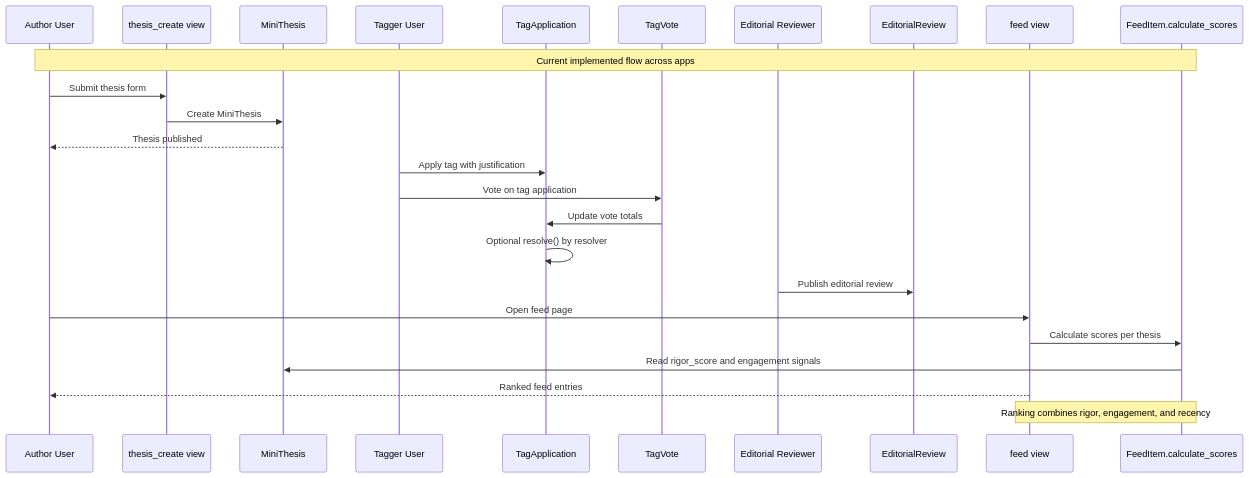
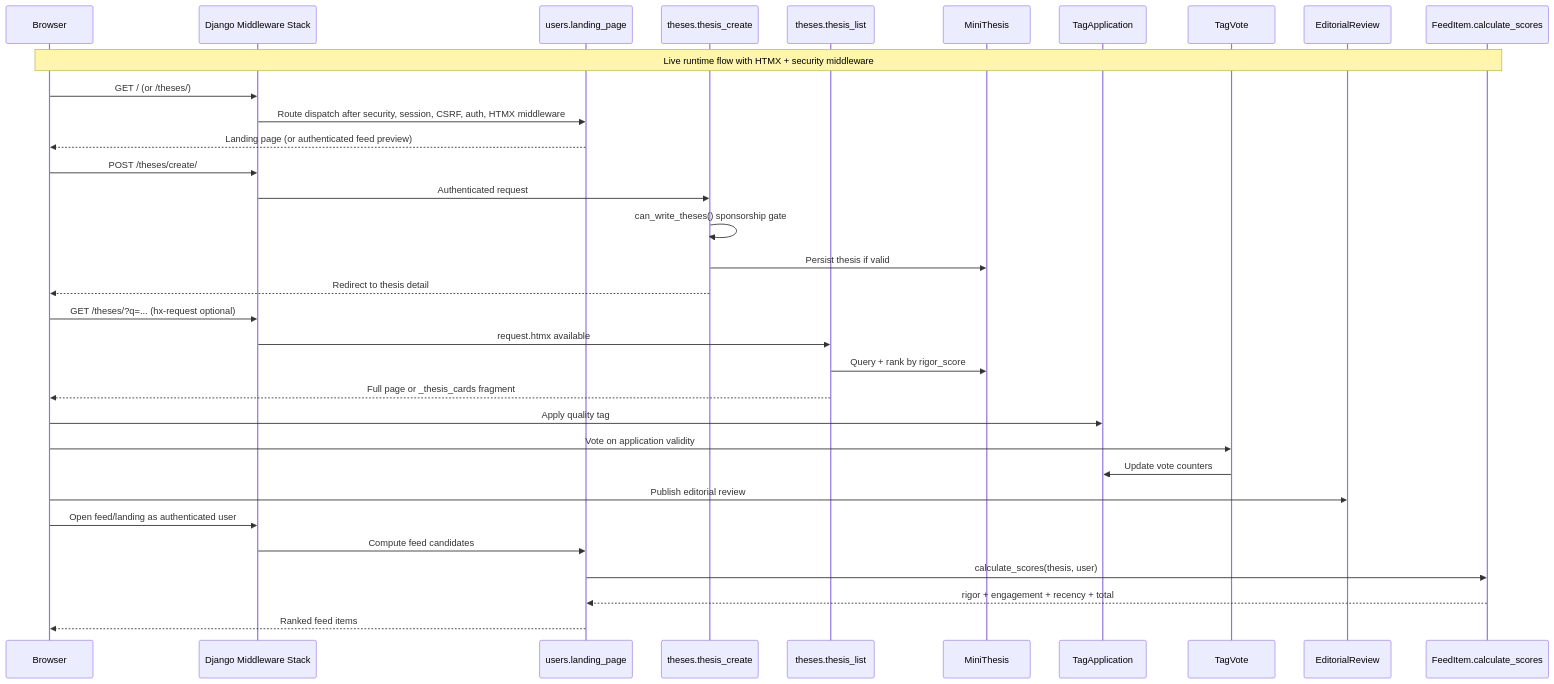
Before and after one commit to kakchouch/hume_social: the diagram in diagrams/content_validation_flow.md, drawn with Mermaid. The commit also changed 33 other files, not shown here.

````diff
--- a/diagrams/content_validation_flow.md
+++ b/diagrams/content_validation_flow.md
@@ -3,33 +3,42 @@
 ```mermaid
 sequenceDiagram
-    participant Author as Author User
-    participant ThesisView as thesis_create view
-    participant MT as MiniThesis
-    participant Tagger as Tagger User
-    participant TA as TagApplication
-    participant TV as TagVote
-    participant Rev as Editorial Reviewer
-    participant ER as EditorialReview
-    participant FeedView as feed view
-    participant FI as FeedItem.calculate_scores
+    participant Browser
+    participant Middleware as Django Middleware Stack
+    participant UserView as users.landing_page
+    participant ThesisCreate as theses.thesis_create
+    participant ThesisList as theses.thesis_list
+    participant MiniThesis as MiniThesis
+    participant TagApplication as TagApplication
+    participant TagVote as TagVote
+    participant EditorialReview as EditorialReview
+    participant FeedScore as FeedItem.calculate_scores
 
-    Note over Author,FI: Current implemented flow across apps
+    Note over Browser,FeedScore: Live runtime flow with HTMX + security middleware
 
-    Author->>ThesisView: Submit thesis form
-    ThesisView->>MT: Create MiniThesis
-    MT-->>Author: Thesis published
+    Browser->>Middleware: GET / (or /theses/)
+    Middleware->>UserView: Route dispatch after security, session, CSRF, auth, HTMX middleware
+    UserView-->>Browser: Landing page (or authenticated feed preview)
 
-    Tagger->>TA: Apply tag with justification
-    Tagger->>TV: Vote on tag application
-    TV->>TA: Update vote totals
-    TA->>TA: Optional resolve() by resolver
+    Browser->>Middleware: POST /theses/create/
+    Middleware->>ThesisCreate: Authenticated request
+    ThesisCreate->>ThesisCreate: can_write_theses() sponsorship gate
+    ThesisCreate->>MiniThesis: Persist thesis if valid
+    ThesisCreate-->>Browser: Redirect to thesis detail
 
-    Rev->>ER: Publish editorial review
+    Browser->>Middleware: GET /theses/?q=... (hx-request optional)
+    Middleware->>ThesisList: request.htmx available
+    ThesisList->>MiniThesis: Query + rank by rigor_score
+    ThesisList-->>Browser: Full page or _thesis_cards fragment
 
-    Author->>FeedView: Open feed page
-    FeedView->>FI: Calculate scores per thesis
-    FI->>MT: Read rigor_score and engagement signals
-    FeedView-->>Author: Ranked feed entries
+    Browser->>TagApplication: Apply quality tag
+    Browser->>TagVote: Vote on application validity
+    TagVote->>TagApplication: Update vote counters
 
-    Note over FeedView,FI: Ranking combines rigor, engagement, and recency
+    Browser->>EditorialReview: Publish editorial review
+
+    Browser->>Middleware: Open feed/landing as authenticated user
+    Middleware->>UserView: Compute feed candidates
+    UserView->>FeedScore: calculate_scores(thesis, user)
+    FeedScore-->>UserView: rigor + engagement + recency + total
+    UserView-->>Browser: Ranked feed items
 ```
````
